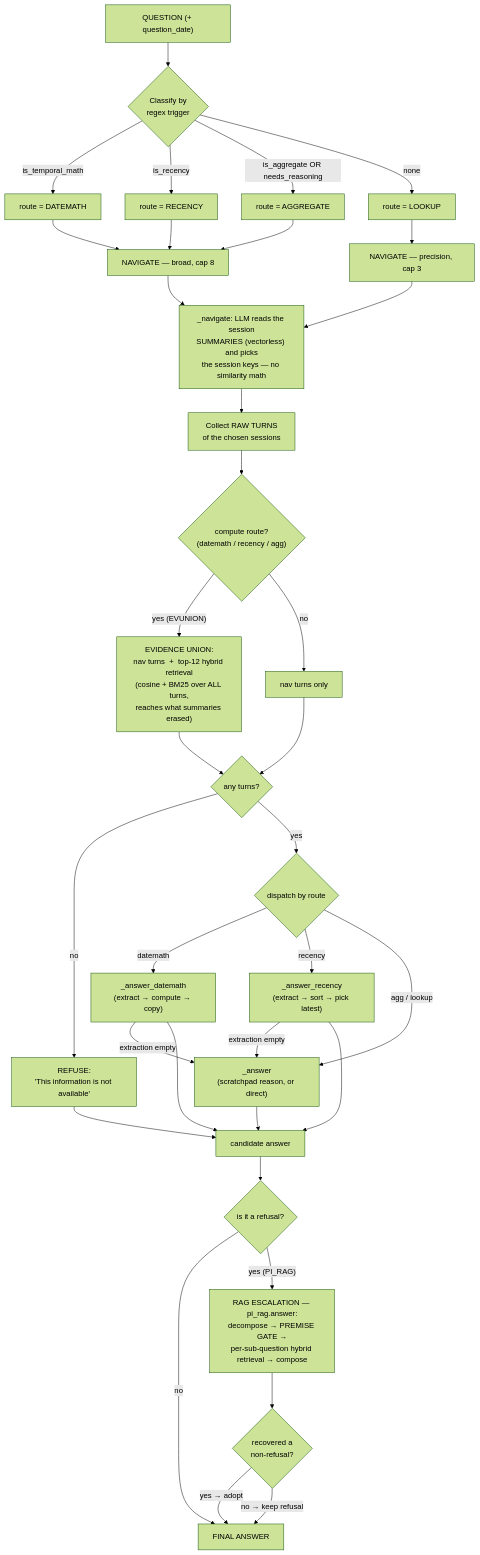
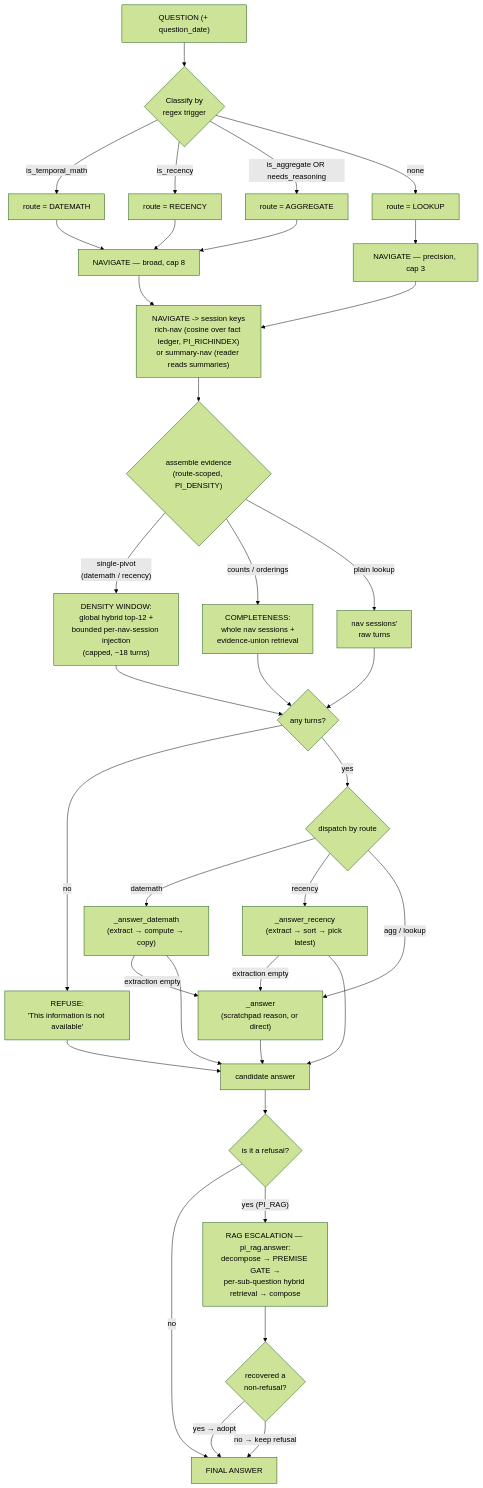
The second of 3 diagrams in PIPELINE_FLOW.md (Sanjeevhegde009/skim-research), drawn with Mermaid (forest theme) before and after one commit. The commit also changed other lines of this file and 3 other files, not shown here.

````diff
--- a/PIPELINE_FLOW.md
+++ b/PIPELINE_FLOW.md
@@ -26,45 +28,46 @@
 ```mermaid
 flowchart TD
     Q["QUESTION (+ question_date)"] --> CL{"Classify by<br/>regex trigger"}
     CL -->|"is_temporal_math"| R1["route = DATEMATH"]
     CL -->|"is_recency"| R2["route = RECENCY"]
     CL -->|"is_aggregate OR needs_reasoning"| R3["route = AGGREGATE"]
     CL -->|"none"| R4["route = LOOKUP"]
 
     R1 --> NB["NAVIGATE — broad, cap 8"]
     R2 --> NB
     R3 --> NB
     R4 --> NP["NAVIGATE — precision, cap 3"]
 
-    NB --> NAV["_navigate: LLM reads the session<br/>SUMMARIES (vectorless) and picks<br/>the session keys — no similarity math"]
+    NB --> NAV["NAVIGATE -> session keys<br/>rich-nav (cosine over fact ledger, PI_RICHINDEX)<br/>or summary-nav (reader reads summaries)"]
     NP --> NAV
-    NAV --> COL["Collect RAW TURNS<br/>of the chosen sessions"]
+    NAV --> COL{"assemble evidence<br/>(route-scoped, PI_DENSITY)"}
 
-    COL --> UQ{"compute route?<br/>(datemath / recency / agg)"}
-    UQ -->|"yes (EVUNION)"| UNI["EVIDENCE UNION:<br/>nav turns  +  top-12 hybrid retrieval<br/>(cosine + BM25 over ALL turns,<br/>reaches what summaries erased)"]
-    UQ -->|"no"| ONLY["nav turns only"]
+    COL -->|"single-pivot<br/>(datemath / recency)"| DEN["DENSITY WINDOW:<br/>global hybrid top-12 +<br/>bounded per-nav-session injection<br/>(capped, ~18 turns)"]
+    COL -->|"counts / orderings"| WHOLE["COMPLETENESS:<br/>whole nav sessions +<br/>evidence-union retrieval"]
+    COL -->|"plain lookup"| LK["nav sessions'<br/>raw turns"]
 
-    UNI --> T{"any turns?"}
-    ONLY --> T
+    DEN --> T{"any turns?"}
+    WHOLE --> T
+    LK --> T
     T -->|"no"| REF["REFUSE:<br/>'This information is not available'"]
     T -->|"yes"| DISP{"dispatch by route"}
 
     DISP -->|"datemath"| CDM["_answer_datemath<br/>(extract → compute → copy)"]
     DISP -->|"recency"| CRC["_answer_recency<br/>(extract → sort → pick latest)"]
     DISP -->|"agg / lookup"| CAN["_answer<br/>(scratchpad reason, or direct)"]
 
     CDM -->|"extraction empty"| CAN
     CRC -->|"extraction empty"| CAN
 
     CDM --> ANS["candidate answer"]
     CRC --> ANS
     CAN --> ANS
     REF --> ANS
 
     ANS --> ESC{"is it a refusal?"}
     ESC -->|"no"| FIN["FINAL ANSWER"]
     ESC -->|"yes (PI_RAG)"| RAG["RAG ESCALATION — pi_rag.answer:<br/>decompose → PREMISE GATE →<br/>per-sub-question hybrid retrieval → compose"]
     RAG --> RC{"recovered a<br/>non-refusal?"}
     RC -->|"yes → adopt"| FIN
     RC -->|"no → keep refusal"| FIN
 ```
````
